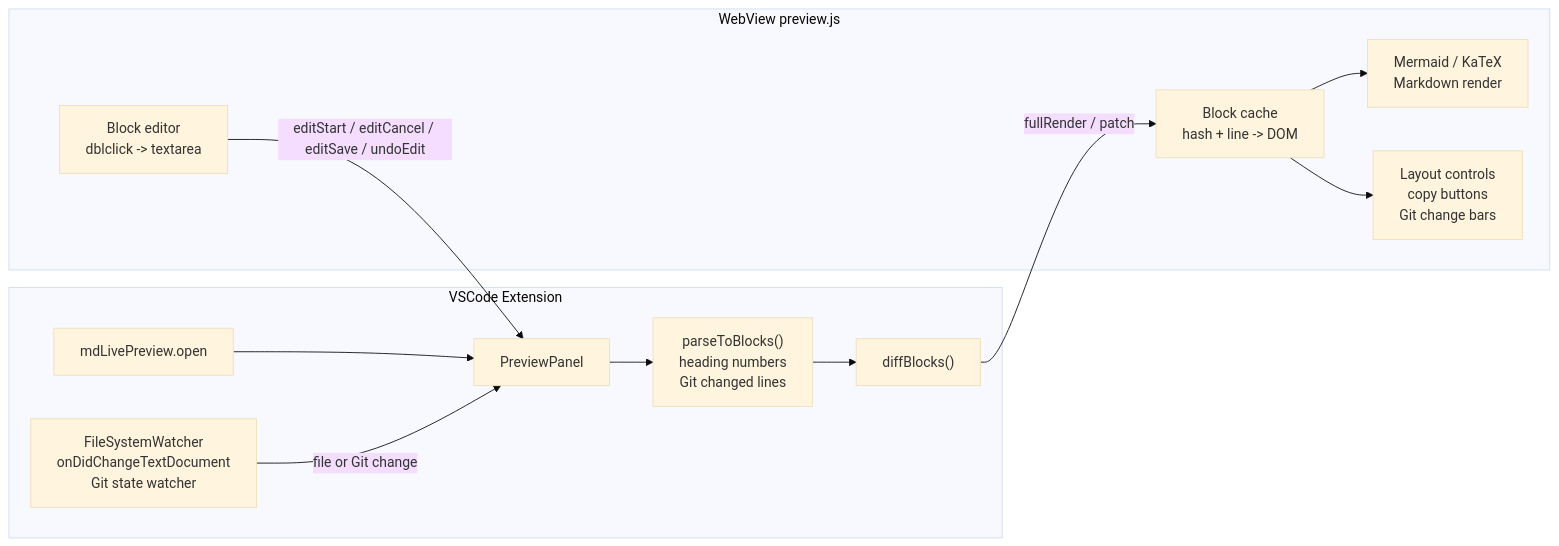
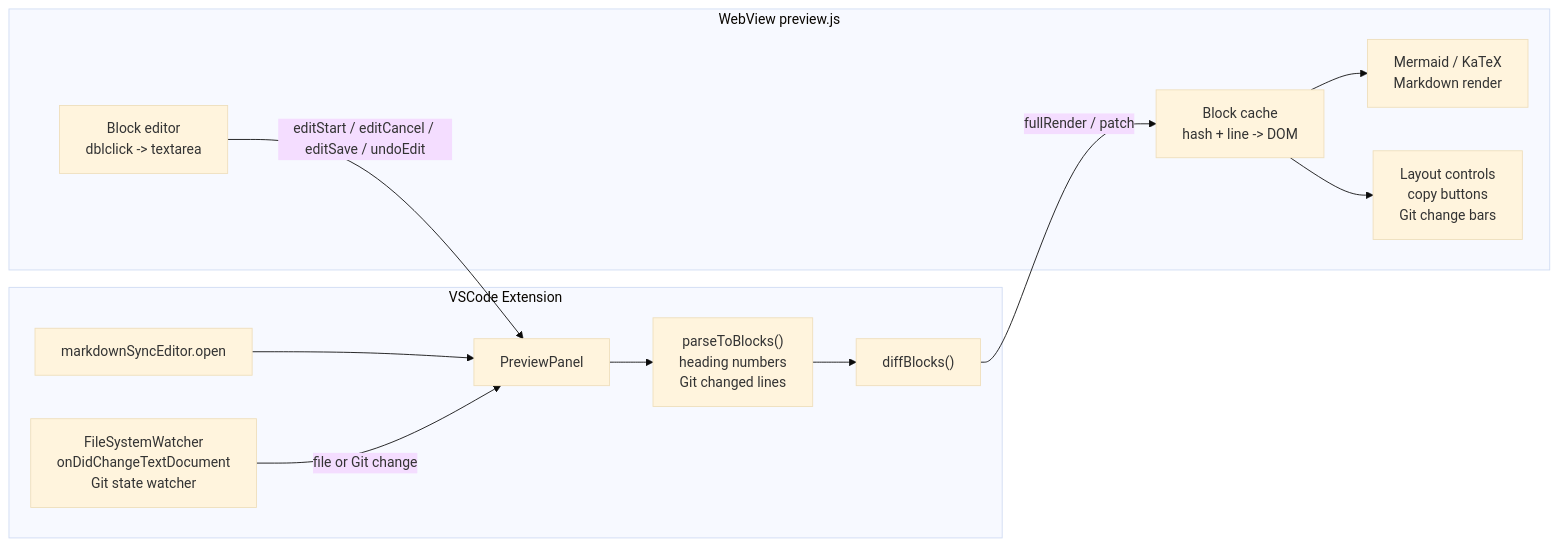
The second of 2 diagrams in README.md (kooooochi/md-live-preview), drawn with Mermaid (base theme) before and after one commit. The commit also changed other lines of this file and 8 other files, not shown here.

Commit message:
Rename extension to Markdown Sync Editor

````diff
--- a/README.md
+++ b/README.md
@@ -207,27 +207,27 @@
 ```mermaid
 
 flowchart LR
   subgraph Extension["VSCode Extension"]
-    command["mdLivePreview.open"]
+    command["markdownSyncEditor.open"]
     panel["PreviewPanel"]
     watcher["FileSystemWatcher\nonDidChangeTextDocument\nGit state watcher"]
     parser["parseToBlocks()\nheading numbers\nGit changed lines"]
     differ["diffBlocks()"]
   end
 
   subgraph Webview["WebView preview.js"]
     cache["Block cache\nhash + line -> DOM"]
     renderer["Mermaid / KaTeX\nMarkdown render"]
     editor["Block editor\ndblclick -> textarea"]
     ui["Layout controls\ncopy buttons\nGit change bars"]
   end
 
   command --> panel
   watcher -->|file or Git change| panel
   panel --> parser --> differ
   differ -->|fullRender / patch| cache
   cache --> renderer
   cache --> ui
   editor -->|editStart / editCancel / editSave / undoEdit| panel
 
 ```
````
